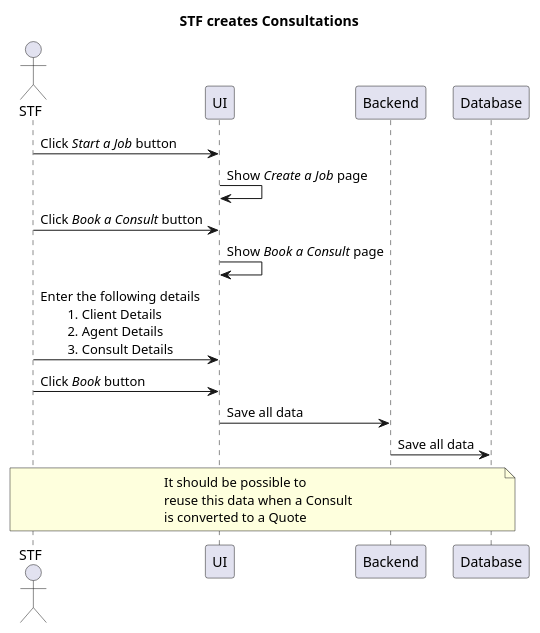
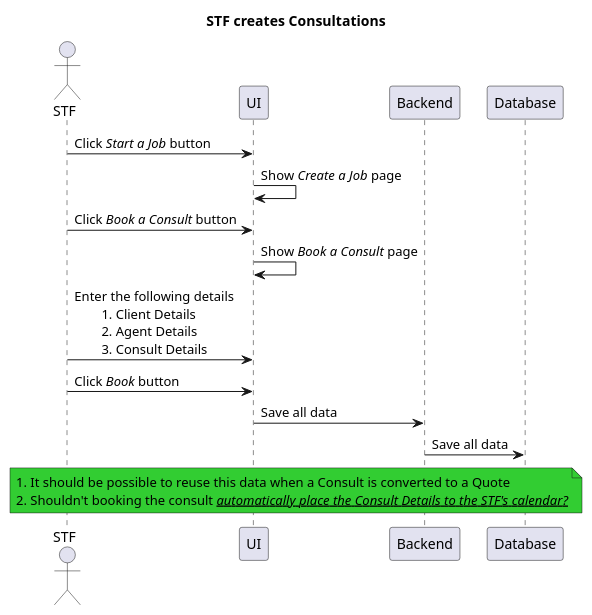
The diagram in STF/STF_CreateConsultations.pu (jpgacrama/NovariSpecs), drawn with PlantUML before and after one commit.

Commit message:
master: Added a question where clicking Book automatically places the consult on STF's calendar

```diff
--- a/STF/STF_CreateConsultations.pu
+++ b/STF/STF_CreateConsultations.pu
@@ -3,22 +3,21 @@
 @startuml
     title STF creates Consultations
 
     actor "STF" as STF
 
     STF  -> UI: Click //Start a Job// button
     UI -> UI: Show //Create a Job// page
     STF -> UI: Click //Book a Consult// button
     UI -> UI: Show //Book a Consult// page
     STF -> UI: Enter the following details\n\t1. Client Details\n\t2. Agent Details\n\t3. Consult Details
 
     STF -> UI: Click //Book// button
 
     UI -> Backend: Save all data
     Backend -> Database: Save all data
 
-    note over STF, Database 
-        It should be possible to
-        reuse this data when a Consult
-        is converted to a Quote
+    note over STF, Database #LimeGreen
+        1. It should be possible to reuse this data when a Consult is converted to a Quote
+        2. Shouldn't booking the consult //<u>automatically place the Consult Details to the STF's calendar?</u>//
     end note
 @enduml
```
